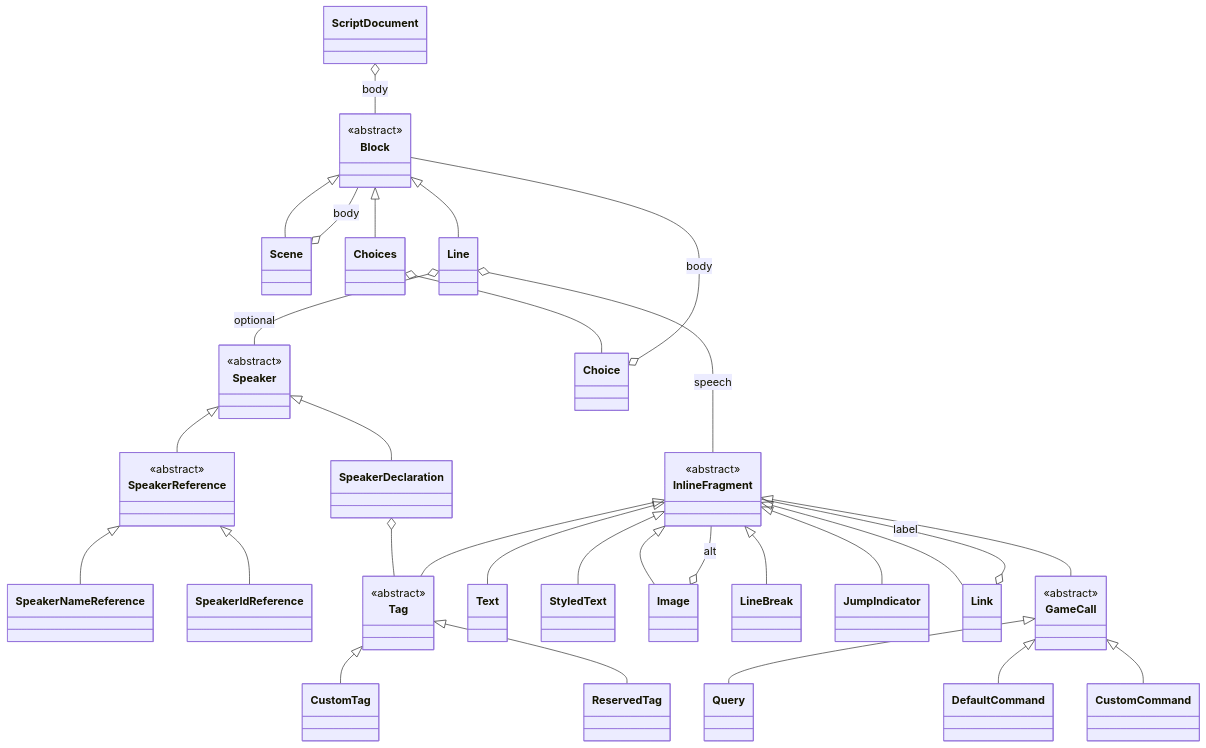
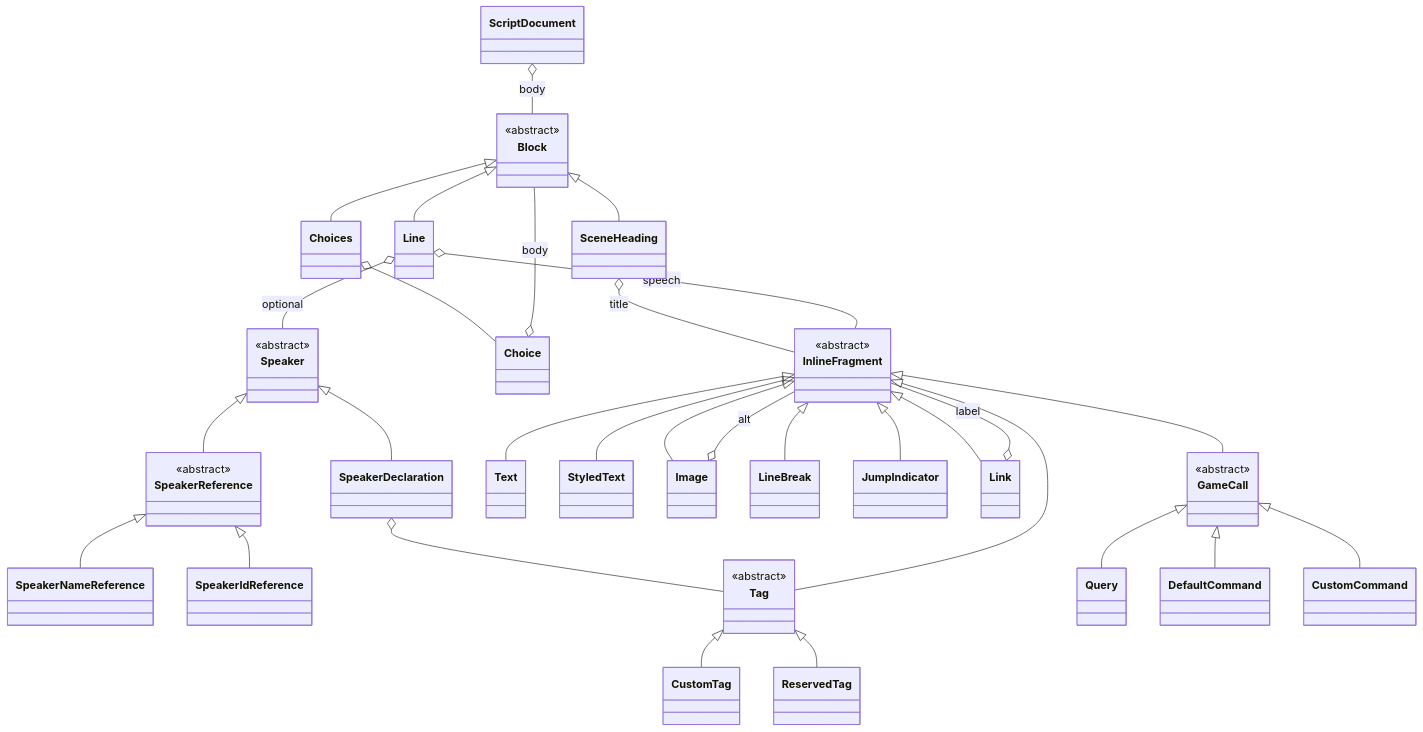
One commit to pengzhengyi/godot-dialoguedown changed the second of 2 diagrams in docs/Implementation Notes/Markdown to Dialogue AST Transpiler.md. Above: the diagram before and after it, drawn with Mermaid. The commit also changed other lines of this file and 8 other files, not shown here.

First line of the commit message:
refactor(ast): emit headings as flat SceneHeading tokens

````diff
--- a/docs/Implementation Notes/Markdown to Dialogue AST Transpiler.md
+++ b/docs/Implementation Notes/Markdown to Dialogue AST Transpiler.md
@@ -208,71 +210,71 @@
 ```mermaid
 classDiagram
     class ScriptDocument
     class Block {
         <<abstract>>
     }
-    class Scene
+    class SceneHeading
     class Line
     class Speaker {
         <<abstract>>
     }
     class SpeakerDeclaration
     class SpeakerReference {
         <<abstract>>
     }
     class SpeakerNameReference
     class SpeakerIdReference
     class Choices
     class Choice
     class Tag {
         <<abstract>>
     }
     class CustomTag
     class ReservedTag
 
     class InlineFragment {
         <<abstract>>
     }
     class Text
     class StyledText
     class Image
     class LineBreak
     class JumpIndicator
     class Link
     class GameCall {
         <<abstract>>
     }
     class Query
     class DefaultCommand
     class CustomCommand
 
     ScriptDocument o-- Block : body
     Block <|-- Line
     Block <|-- Choices
-    Block <|-- Scene
-    Scene o-- Block : body
+    Block <|-- SceneHeading
+    SceneHeading o-- InlineFragment : title
     Line o-- Speaker : optional
     Line o-- InlineFragment : speech
     Image o-- InlineFragment : alt
     Link o-- InlineFragment : label
     Choices o-- Choice
     Choice o-- Block : body
     SpeakerDeclaration o-- Tag
     Speaker <|-- SpeakerDeclaration
     Speaker <|-- SpeakerReference
     SpeakerReference <|-- SpeakerNameReference
     SpeakerReference <|-- SpeakerIdReference
     InlineFragment <|-- Text
     InlineFragment <|-- StyledText
     InlineFragment <|-- Image
     InlineFragment <|-- LineBreak
     InlineFragment <|-- JumpIndicator
     InlineFragment <|-- Link
     InlineFragment <|-- Tag
     InlineFragment <|-- GameCall
     GameCall <|-- Query
     GameCall <|-- DefaultCommand
     GameCall <|-- CustomCommand
     Tag <|-- CustomTag
     Tag <|-- ReservedTag
 ```
````
